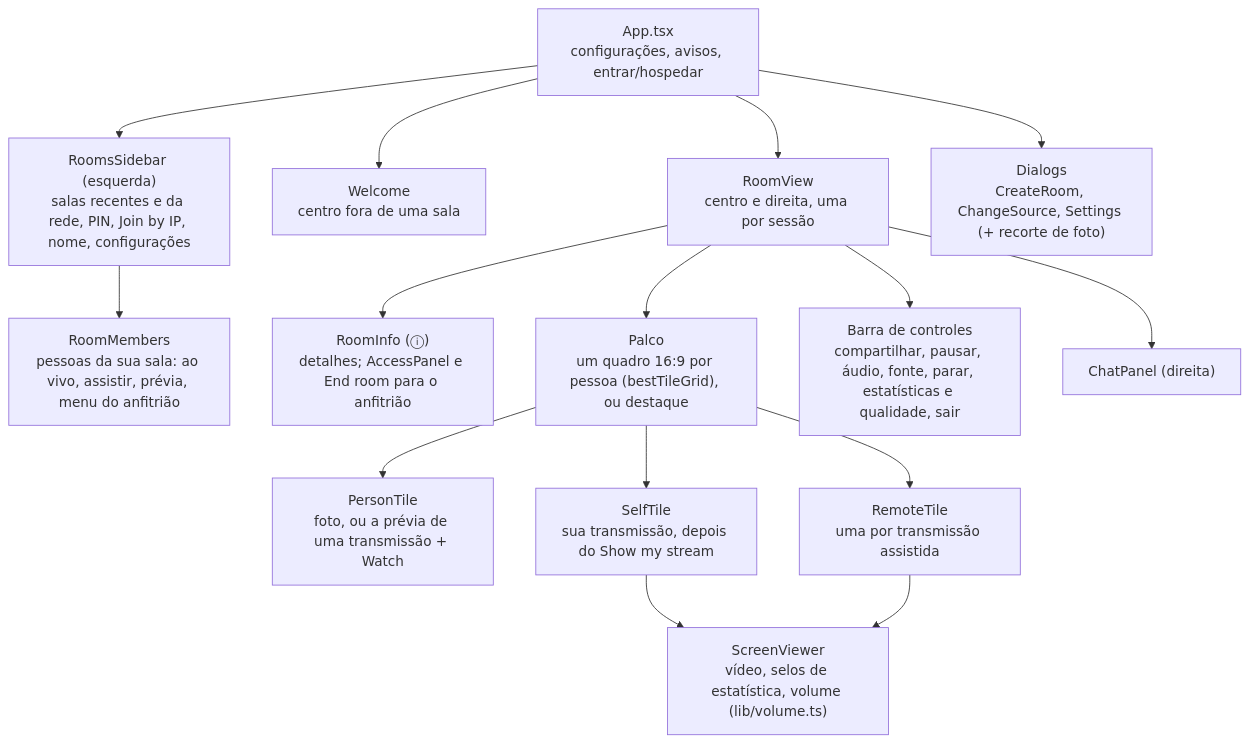
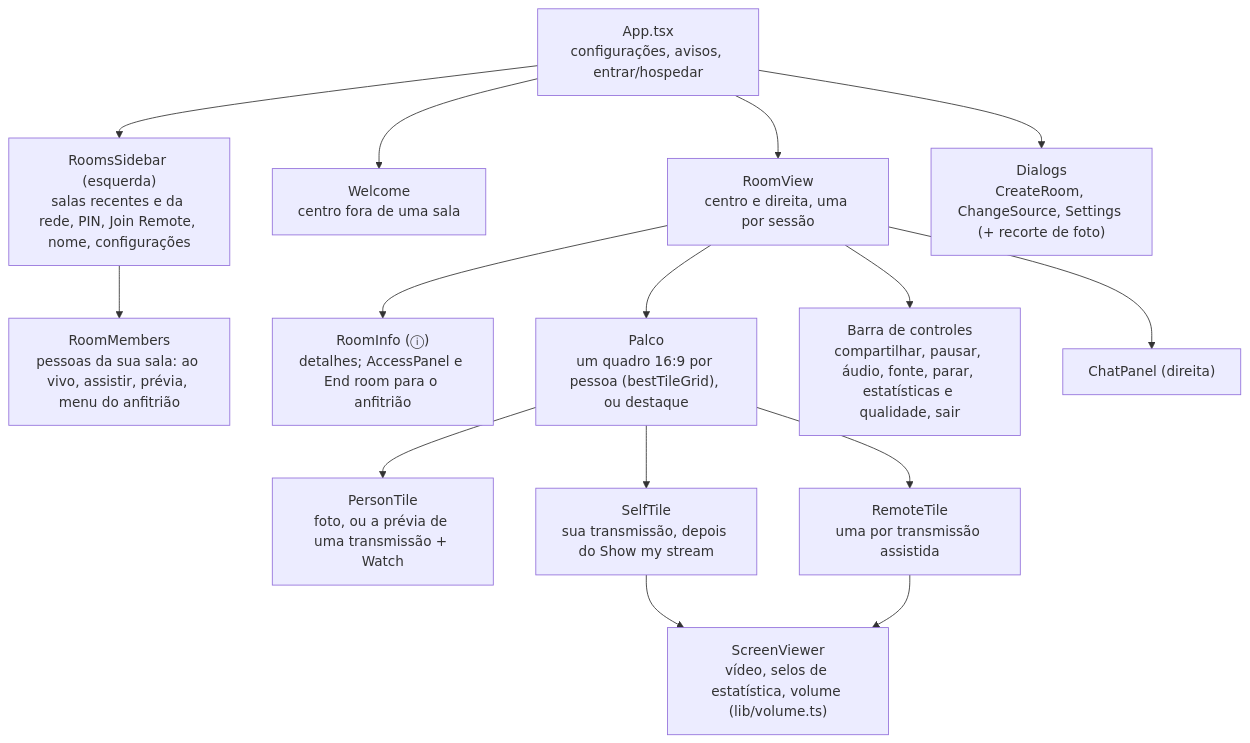
The fifth of 8 diagrams in docs/pt-BR/architecture.md (nsfxu/lan-screenshare), drawn with Mermaid before and after one commit. The commit also changed other lines of this file and 44 other files, not shown here.

````diff
--- a/docs/pt-BR/architecture.md
+++ b/docs/pt-BR/architecture.md
@@ -268,18 +268,18 @@
 ```mermaid
 flowchart TB
   App["App.tsx<br/>configurações, avisos, entrar/hospedar"]
-  App --> Rooms["RoomsSidebar (esquerda)<br/>salas recentes e da rede, PIN, Join by IP, nome, configurações"]
+  App --> Rooms["RoomsSidebar (esquerda)<br/>salas recentes e da rede, PIN, Join Remote, nome, configurações"]
   Rooms --> Members["RoomMembers<br/>pessoas da sua sala: ao vivo, assistir, prévia, menu do anfitrião"]
   App --> Welcome["Welcome<br/>centro fora de uma sala"]
   App --> Room["RoomView<br/>centro e direita, uma por sessão"]
   App --> Dlg["Dialogs<br/>CreateRoom, ChangeSource, Settings (+ recorte de foto)"]
   Room --> Info["RoomInfo (ⓘ)<br/>detalhes; AccessPanel e End room para o anfitrião"]
   Room --> Stage["Palco<br/>um quadro 16:9 por pessoa (bestTileGrid), ou destaque"]
   Stage --> Person["PersonTile<br/>foto, ou a prévia de uma transmissão + Watch"]
   Stage --> Self["SelfTile<br/>sua transmissão, depois do Show my stream"]
   Stage --> Remote["RemoteTile<br/>uma por transmissão assistida"]
   Self --> SV["ScreenViewer<br/>vídeo, selos de estatística, volume (lib/volume.ts)"]
   Remote --> SV
   Room --> Bar["Barra de controles<br/>compartilhar, pausar, áudio, fonte, parar, estatísticas e qualidade, sair"]
   Room --> Chat["ChatPanel (direita)"]
 ```
````
